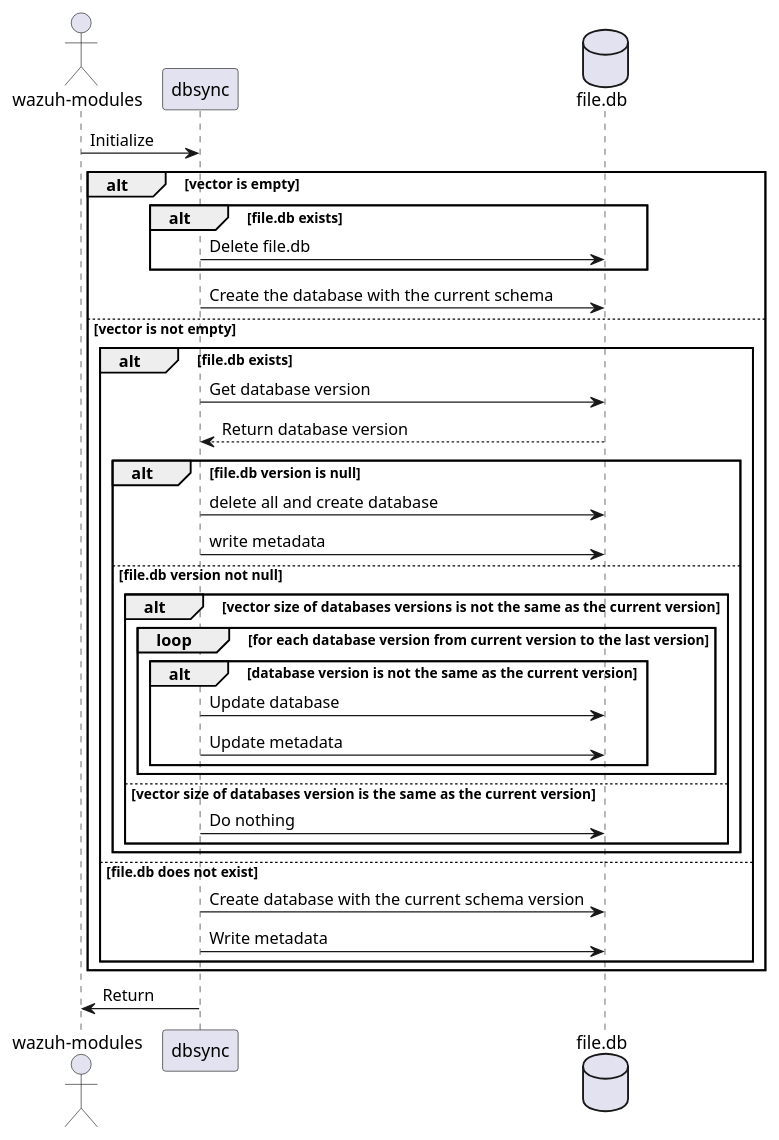
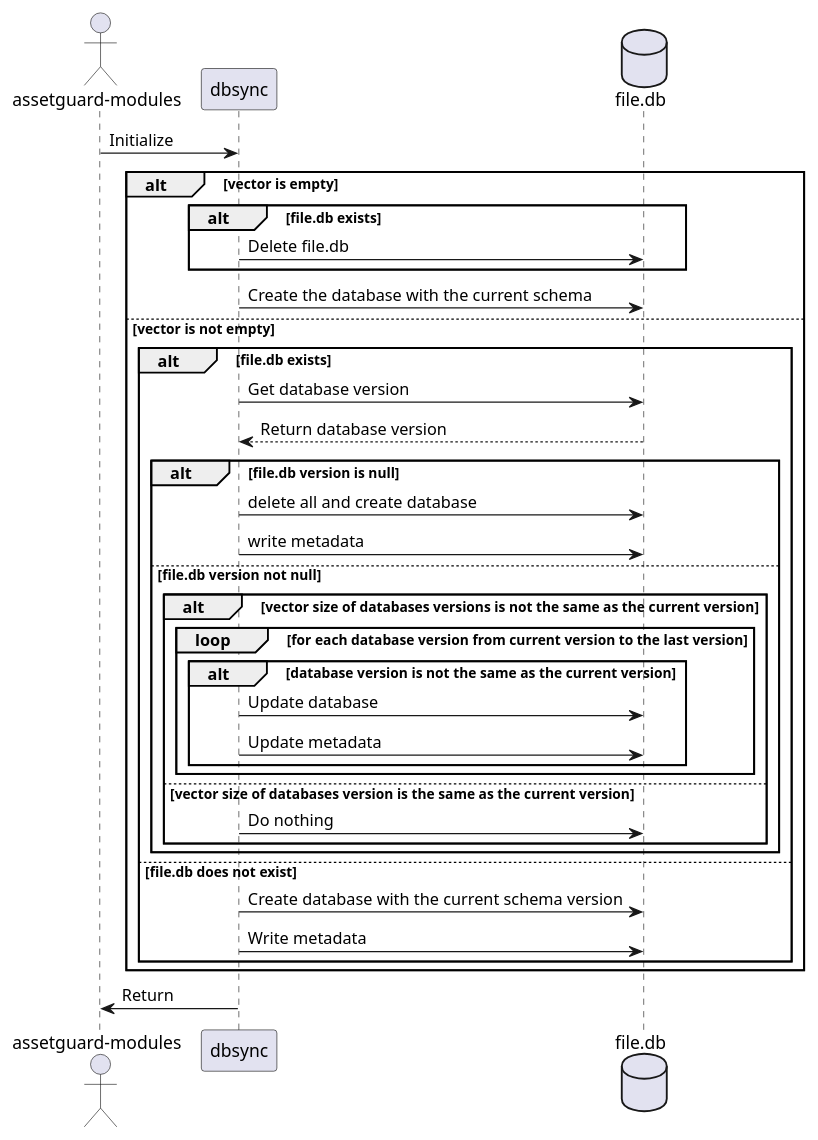
The diagram in architecture/dbsync/001-sequence-initialization-with-persistence.puml (Ghostofpotato/AssetGuard), drawn with PlantUML before and after one commit. The commit also changed other lines of this file and 1012 other files, not shown here.

```diff
--- a/architecture/dbsync/001-sequence-initialization-with-persistence.puml
+++ b/architecture/dbsync/001-sequence-initialization-with-persistence.puml
@@ -6,49 +6,49 @@
 @startuml 001-sequence-initialization-with-persistence
 
-actor "wazuh-modules" as module
+actor "assetguard-modules" as module
 participant "dbsync" as dbsync
 database "file.db" as db
 
 ' The initialization uses a std::vector of std::string to store the queries
 ' The index 0 is the present version 1 of the database
 ' The index 1 is the present version 2 of the database
 ' The index n is the present version n+1 of the database
 module -> dbsync: Initialize
 alt vector is empty
     alt file.db exists
         dbsync -> db: Delete file.db
     end
     dbsync -> db: Create the database with the current schema
 else vector is not empty
     ' Condition: If file.db exists and is not empty check the database version
     ' Condition: If file.db exists and is empty, create the database
     ' Condition: If file.db does not exist, create the database
     ' Condition: If the database version is not the same as the current version, update the database
     ' Condition: If the database version is the same as the current version, do nothing
 
     alt file.db exists
         dbsync->db: Get database version
         db-->dbsync: Return database version
         alt file.db version is null
             dbsync -> db: delete all and create database
             dbsync -> db: write metadata
         else file.db version not null
             alt vector size of databases versions is not the same as the current version
                 loop for each database version from current version to the last version
                     alt database version is not the same as the current version
                         dbsync -> db: Update database
                         dbsync -> db: Update metadata
                     end
                 end
             else vector size of databases version is the same as the current version
                 dbsync -> db: Do nothing
             end
         end
     else file.db does not exist
         dbsync -> db: Create database with the current schema version
         dbsync -> db: Write metadata
     end
 end
 
 dbsync -> module: Return
 @enduml
```
